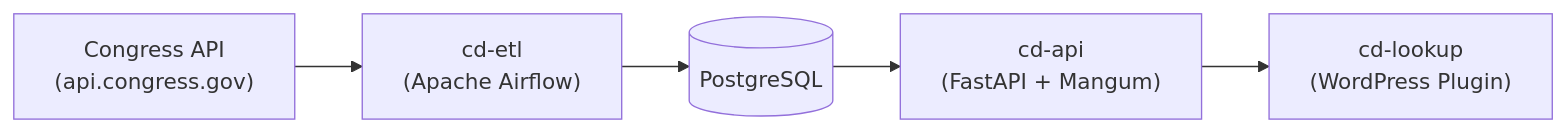
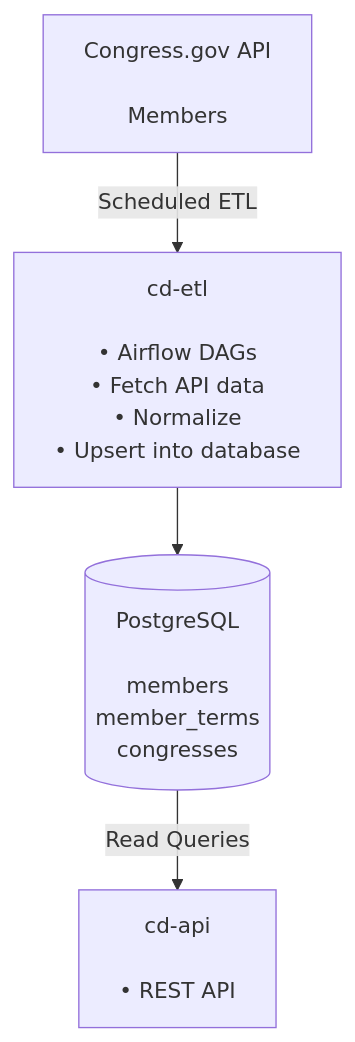
Before and after one commit to rchacon/cd-platform: the diagram in README.md, drawn with Mermaid. The commit also changed other lines of this file, not shown here.

Commit message:
Restyle architecture diagram as a vertical, itemized Mermaid graph
Stacks the pipeline top-down instead of left-right, with each node
listing its concrete pieces (tables, DAG steps, etc.) and labeled
edges ("Scheduled ETL", "Read Queries"). Only lists what's actually
implemented -- omits bills/house votes/roll calls (not yet built) and
cd-lookup as a terminal node.

````diff
--- a/README.md
+++ b/README.md
@@ -7,7 +7,6 @@
 ```mermaid
-graph LR
-    A["Congress API<br/>(api.congress.gov)"] --> B["cd-etl<br/>(Apache Airflow)"]
-    B --> C[("PostgreSQL")]
-    C --> D["cd-api<br/>(FastAPI + Mangum)"]
-    D --> E["cd-lookup<br/>(WordPress Plugin)"]
+graph TD
+    A["Congress.gov API<br/><br/>Members"] -->|Scheduled ETL| B["cd-etl<br/><br/>• Airflow DAGs<br/>• Fetch API data<br/>• Normalize<br/>• Upsert into database"]
+    B --> C[("PostgreSQL<br/><br/>members<br/>member_terms<br/>congresses")]
+    C -->|Read Queries| D["cd-api<br/><br/>• REST API"]
 ```
````
